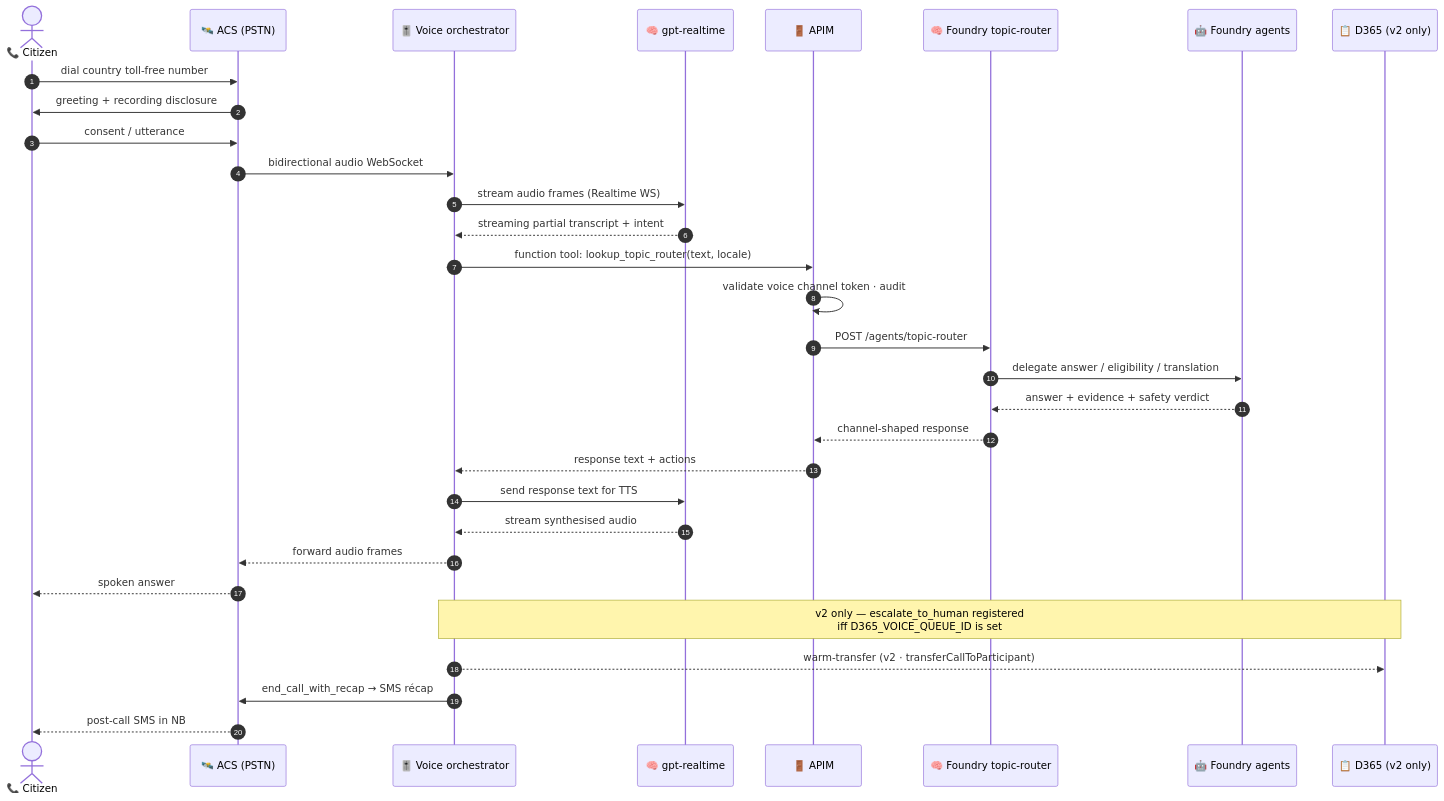
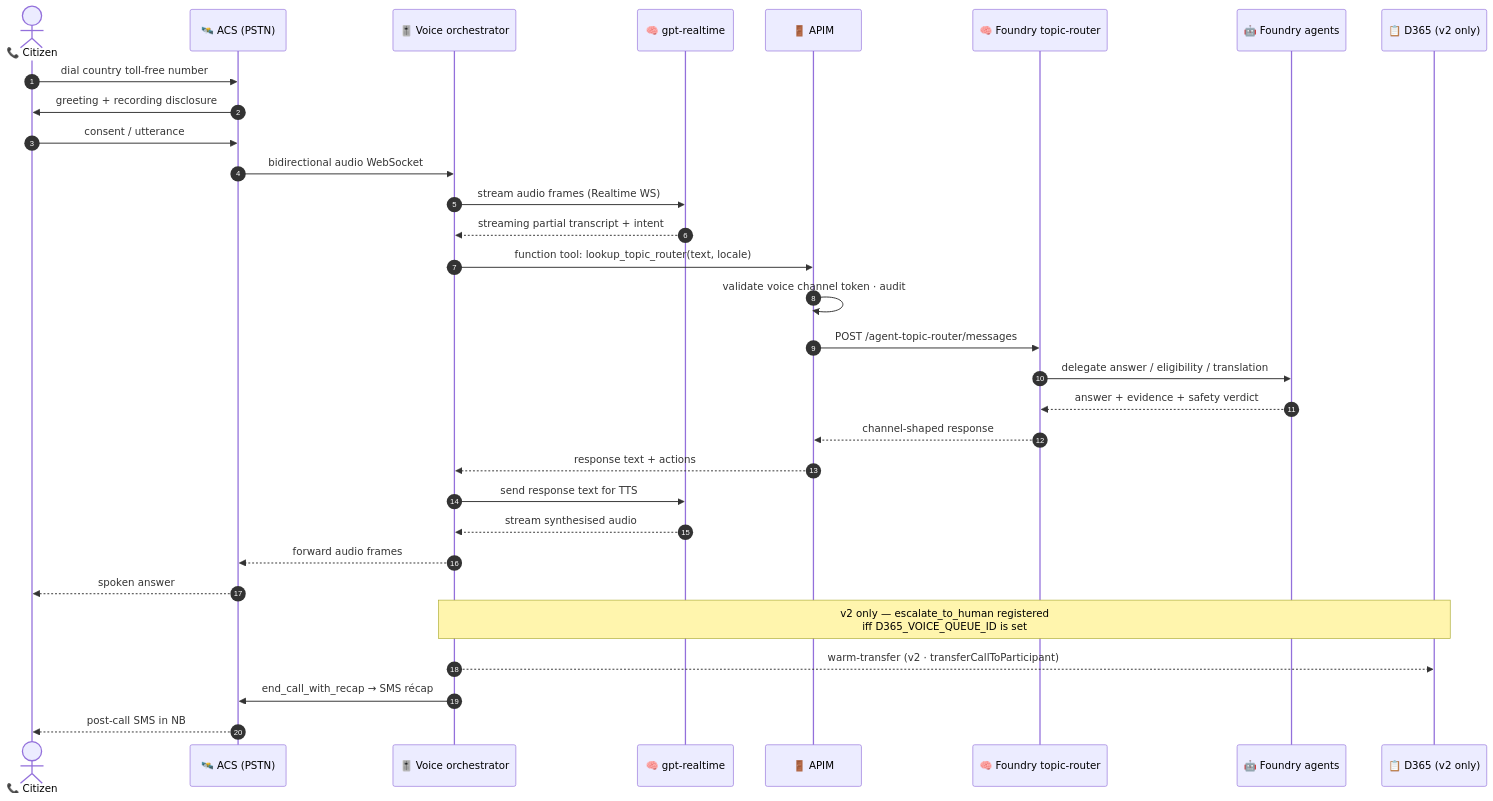
The second of 6 diagrams in docs/biz/voice.md (fredgis/UDCSP), drawn with Mermaid before and after one commit. The commit also changed other lines of this file and 37 other files, not shown here.

````diff
--- a/docs/biz/voice.md
+++ b/docs/biz/voice.md
@@ -98,33 +106,33 @@
 ```mermaid
 sequenceDiagram
     autonumber
     actor C as 📞 Citizen
     participant ACS as 🛰️ ACS (PSTN)
     participant ORCH as 🎚️ Voice orchestrator
     participant GPTRT as 🧠 gpt-realtime
     participant API as 🚪 APIM
     participant R as 🧠 Foundry topic-router
     participant F as 🤖 Foundry agents
     participant D as 📋 D365 (v2 only)
     C->>ACS: dial country toll-free number
     ACS->>C: greeting + recording disclosure
     C->>ACS: consent / utterance
     ACS->>ORCH: bidirectional audio WebSocket
     ORCH->>GPTRT: stream audio frames (Realtime WS)
     GPTRT-->>ORCH: streaming partial transcript + intent
     ORCH->>API: function tool: lookup_topic_router(text, locale)
     API->>API: validate voice channel token · audit
-    API->>R: POST /agents/topic-router
+    API->>R: POST /agent-topic-router/messages
     R->>F: delegate answer / eligibility / translation
     F-->>R: answer + evidence + safety verdict
     R-->>API: channel-shaped response
     API-->>ORCH: response text + actions
     ORCH->>GPTRT: send response text for TTS
     GPTRT-->>ORCH: stream synthesised audio
     ORCH-->>ACS: forward audio frames
     ACS-->>C: spoken answer
     Note over ORCH,D: v2 only — escalate_to_human registered<br/>iff D365_VOICE_QUEUE_ID is set
     ORCH-->>D: warm-transfer (v2 · transferCallToParticipant)
     ORCH->>ACS: end_call_with_recap → SMS récap
     ACS-->>C: post-call SMS in NB
 ```
````
